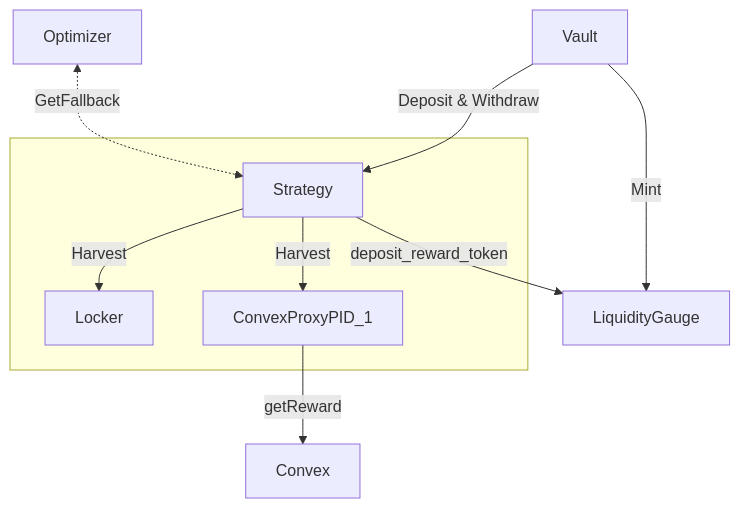
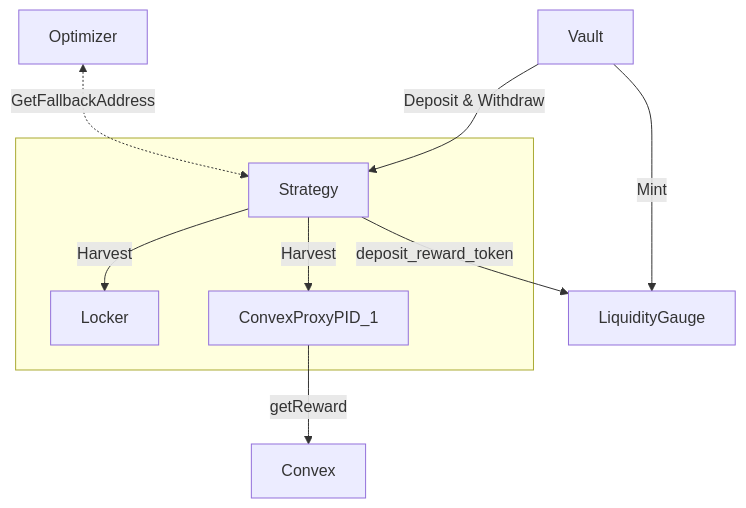
Before and after one commit to stake-dao/only-boost: the second of 2 diagrams in README.md, drawn with Mermaid.

Commit message:
chore: small typo

````diff
--- a/README.md
+++ b/README.md
@@ -54,16 +54,16 @@
 ```mermaid
 
 graph TD
     Vault -->|Deposit & Withdraw| Strategy
     Vault -->|Mint| LiquidityGauge
-    Optimizer <.->|GetFallback| Strategy
+    Optimizer <.->|GetFallbackAddress| Strategy
 
     subgraph OnlyBoost[ ]
     Strategy -->|Harvest| Locker
     Strategy -->|Harvest| ConvexProxyPID_1
     end
 
     ConvexProxyPID_1 -->|getReward| Convex
     Strategy -->|deposit_reward_token| LiquidityGauge
 
 ```
````
